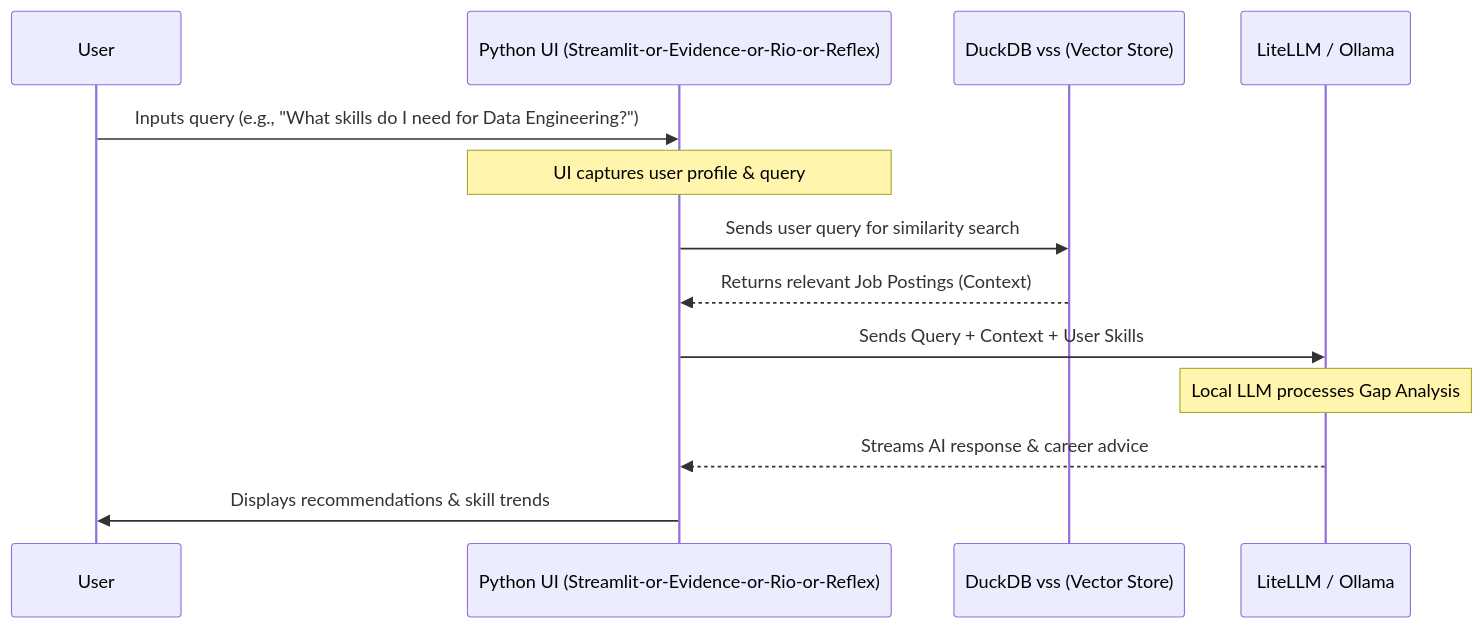
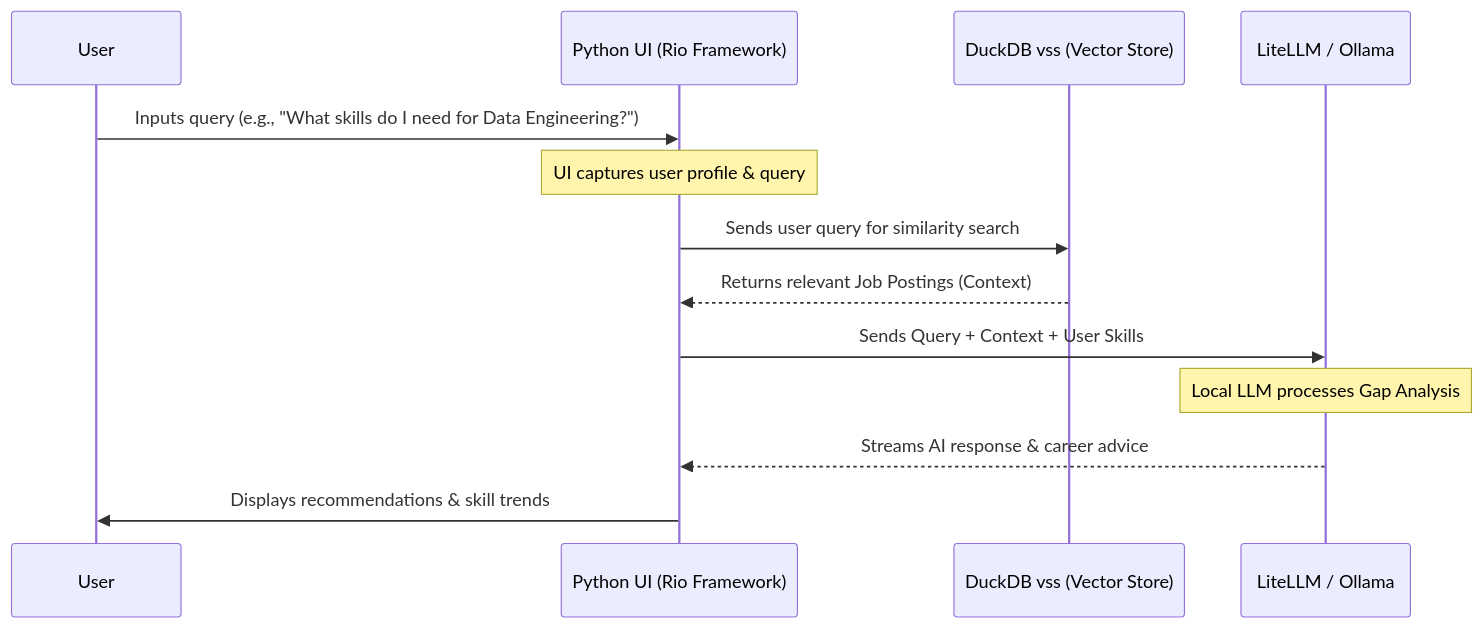
The second of 2 diagrams in docs/architecture.md (VanegasDataSystems/career-intelligence), drawn with Mermaid before and after one commit. The commit also changed other lines of this file and 1 other file, not shown here.

Commit message:
tweak to architecture.md

````diff
--- a/docs/architecture.md
+++ b/docs/architecture.md
@@ -134,19 +134,19 @@
 ```mermaid
 sequenceDiagram
     participant User
-    participant UI as Python UI (Streamlit-or-Evidence-or-Rio-or-Reflex)
+    participant UI as Python UI (Rio Framework)
     participant VSS as DuckDB vss (Vector Store)
     participant AI as LiteLLM / Ollama
 
     User->>UI: Inputs query (e.g., "What skills do I need for Data Engineering?")
     Note over UI: UI captures user profile & query
     
     UI->>VSS: Sends user query for similarity search
     VSS-->>UI: Returns relevant Job Postings (Context)
     
     UI->>AI: Sends Query + Context + User Skills
     Note over AI: Local LLM processes Gap Analysis
     
     AI-->>UI: Streams AI response & career advice
     UI->>User: Displays recommendations & skill trends
 ```
````
